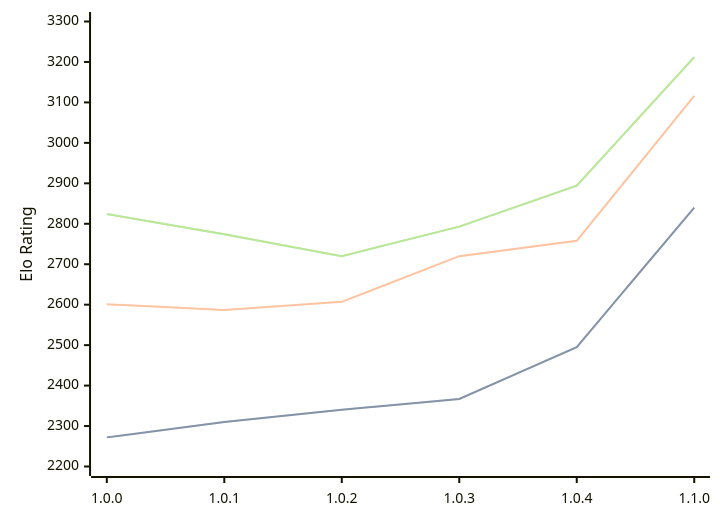
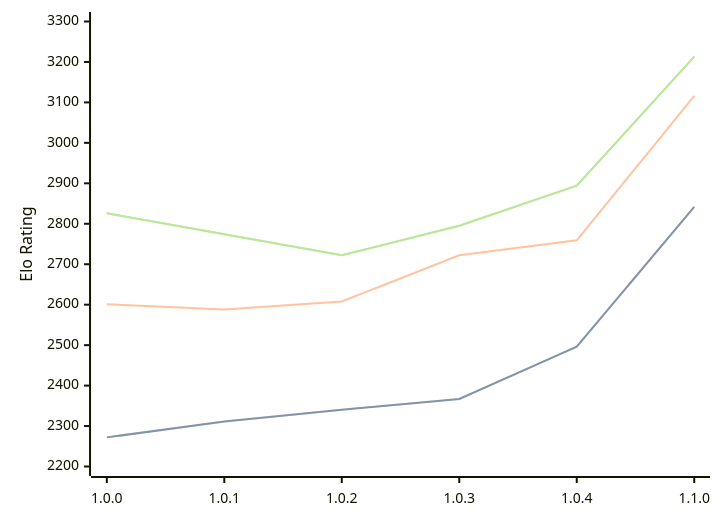
One commit to computer-chess-index/cci changed the diagram in engines/Grail.md. Above: the diagram before and after it, drawn with Mermaid. The commit also changed other lines of this file, not shown here.

Commit message:
Update CCI Ratings (ELO VLTC) - 2026-04-25

````diff
--- a/engines/Grail.md
+++ b/engines/Grail.md
@@ -36,11 +36,11 @@
 ```mermaid
 %%{init: {"theme":"base","themeVariables":{"seriesColors:['#a3a3a3','#222221','#faa371']}}}%%
 xychart-beta
   x-axis ["1.0.0", "1.0.1", "1.0.2", "1.0.3", "1.0.4", "1.1.0"]
   y-axis "Elo Rating" 2200 --> 3300
-  line "STC (8.0+0.08s)" [2272, 2310, 2340, 2367, 2495, 2840]
-  line "STC (8.0+0.08s)" [2272, 2310, 2340, 2367, 2495, 2840]
-  line "LTC (60.0+0.60s)" [2601, 2587, 2607, 2720, 2758, 3116]
-  line "VLTC (2m24s+1.12s)" [2824, 2774, 2720, 2793, 2894, 3212]
-  line "VLTC (2m24s+1.12s)" [2824, 2774, 2720, 2793, 2894, 3212]
+  line "STC (8.0+0.08s)" [2272, 2311, 2340, 2367, 2496, 2842]
+  line "STC (8.0+0.08s)" [2272, 2311, 2340, 2367, 2496, 2842]
+  line "LTC (60.0+0.60s)" [2601, 2588, 2608, 2722, 2759, 3116]
+  line "VLTC (2m24s+1.12s)" [2826, 2774, 2722, 2795, 2894, 3213]
+  line "VLTC (2m24s+1.12s)" [2826, 2774, 2722, 2795, 2894, 3213]
 ```
````
